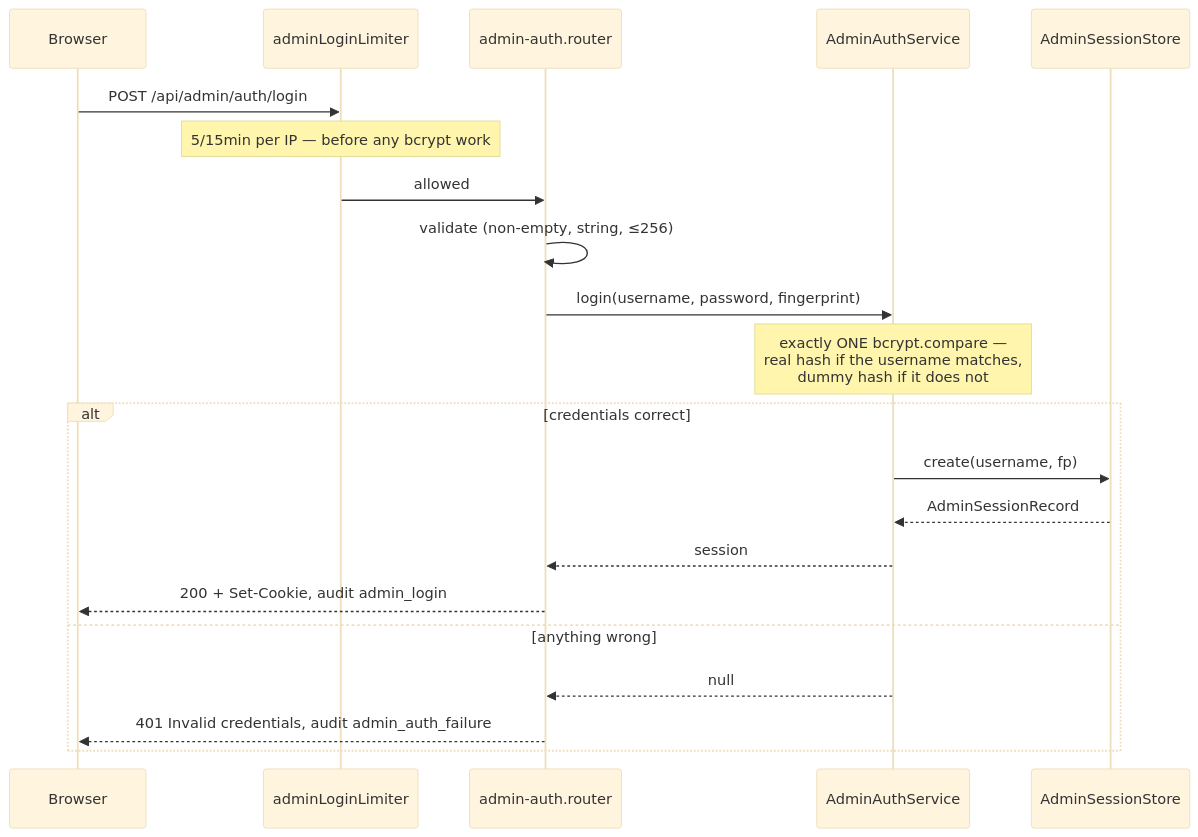
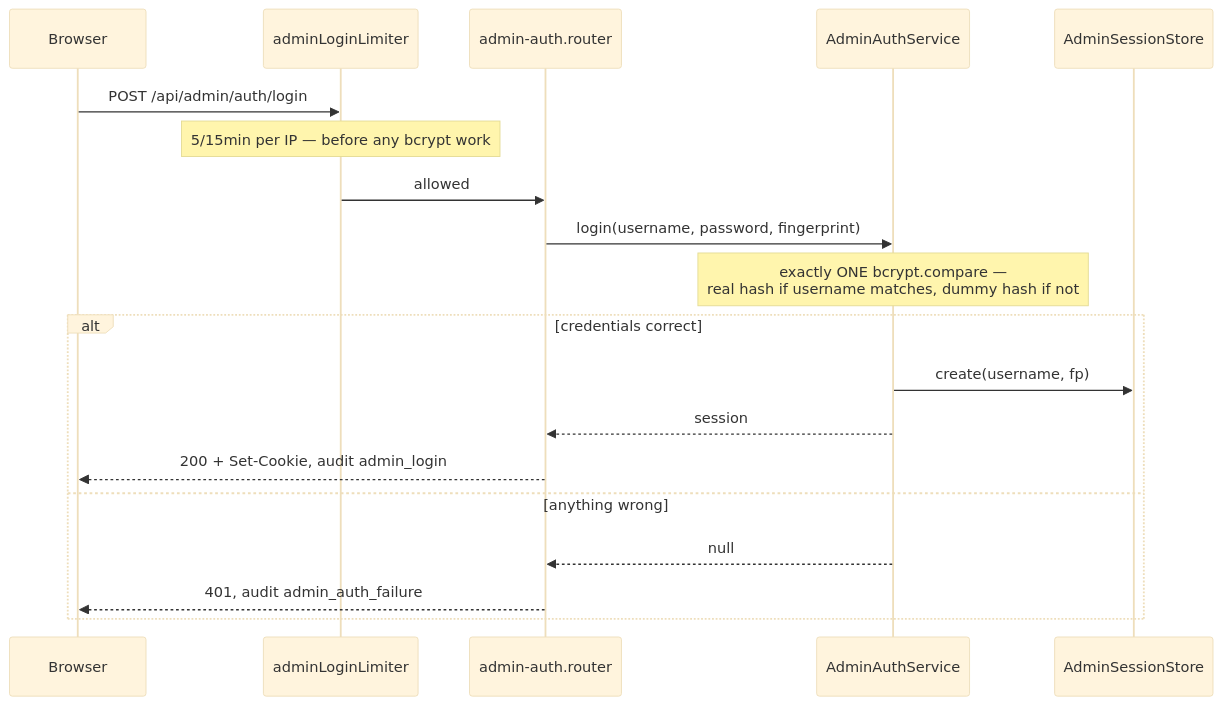
The diagram in docs/modules/admin/Admin-Authentication.md (nipun1803/Card2Contact), drawn with Mermaid (base theme) before and after one commit. The commit also changed other lines of this file and 5 other files, not shown here.

````diff
--- a/docs/modules/admin/Admin-Authentication.md
+++ b/docs/modules/admin/Admin-Authentication.md
@@ -109,23 +102,21 @@
 ```mermaid
 sequenceDiagram
   participant B as Browser
   participant L as adminLoginLimiter
   participant R as admin-auth.router
   participant S as AdminAuthService
   participant ST as AdminSessionStore
   B->>L: POST /api/admin/auth/login
   Note over L: 5/15min per IP — before any bcrypt work
   L->>R: allowed
-  R->>R: validate (non-empty, string, ≤256)
   R->>S: login(username, password, fingerprint)
-  Note over S: exactly ONE bcrypt.compare —<br/>real hash if the username matches,<br/>dummy hash if it does not
+  Note over S: exactly ONE bcrypt.compare —<br/>real hash if username matches, dummy hash if not
   alt credentials correct
     S->>ST: create(username, fp)
-    ST-->>S: AdminSessionRecord
     S-->>R: session
     R-->>B: 200 + Set-Cookie, audit admin_login
   else anything wrong
     S-->>R: null
-    R-->>B: 401 Invalid credentials, audit admin_auth_failure
+    R-->>B: 401, audit admin_auth_failure
   end
 ```
````
